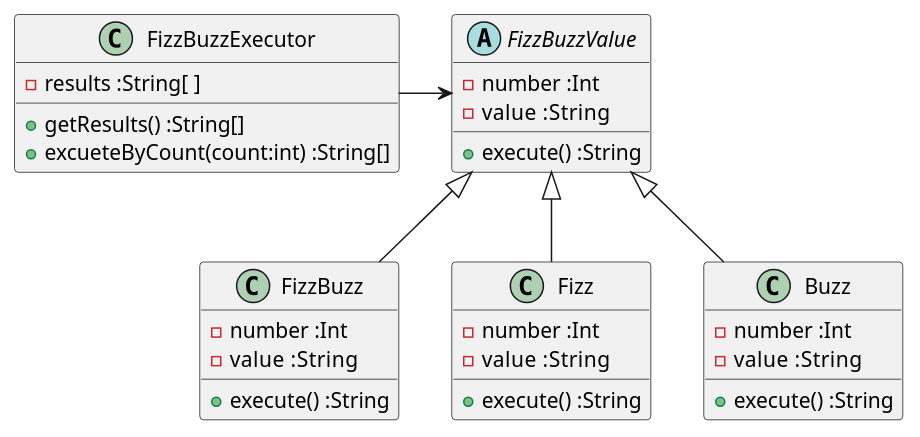
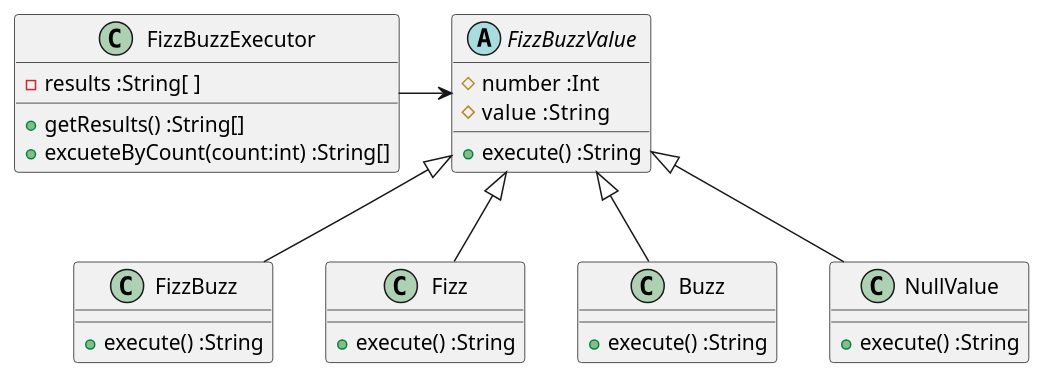
The first of 2 diagrams in docs/src/fizzbuzz.md (k2works/etude_for_java), drawn with PlantUML before and after one commit. The commit also changed other lines of this file and 8 other files, not shown here.

First line of the commit message:
FizzBuzz #EFJ-8

````diff
--- a/docs/src/fizzbuzz.md
+++ b/docs/src/fizzbuzz.md
@@ -32,34 +32,33 @@
 ```puml
 @startuml
 class FizzBuzzExecutor {
   -results :String[ ]
   +getResults() :String[]  
   +excueteByCount(count:int) :String[]
 }
 abstract class FizzBuzzValue {
-  -number :Int
-  -value  :String
+  #number :Int
+  #value  :String
   +execute() :String
 }
 class FizzBuzz {
-  -number :Int
-  -value  :String  
   +execute() :String
 }
 class Fizz {
-  -number :Int
-  -value  :String  
+
   +execute() :String
 }
 class Buzz {
-  -number :Int
-  -value  :String  
+  +execute() :String  
+}
+class NullValue {
   +execute() :String  
 }
 FizzBuzzExecutor -> FizzBuzzValue
 FizzBuzzValue <|-- Fizz
 FizzBuzzValue <|-- Buzz
 FizzBuzzValue <|-- FizzBuzz
+FizzBuzzValue <|-- NullValue
 
 @enduml
 ```
````
